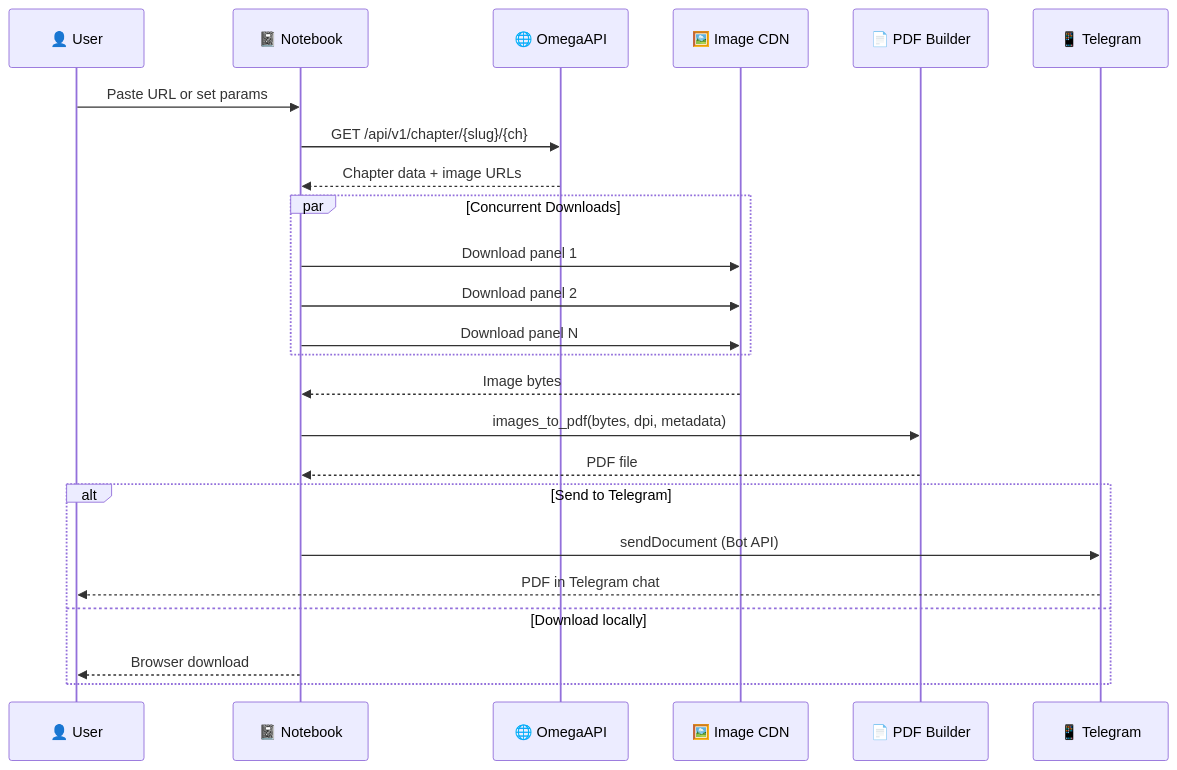
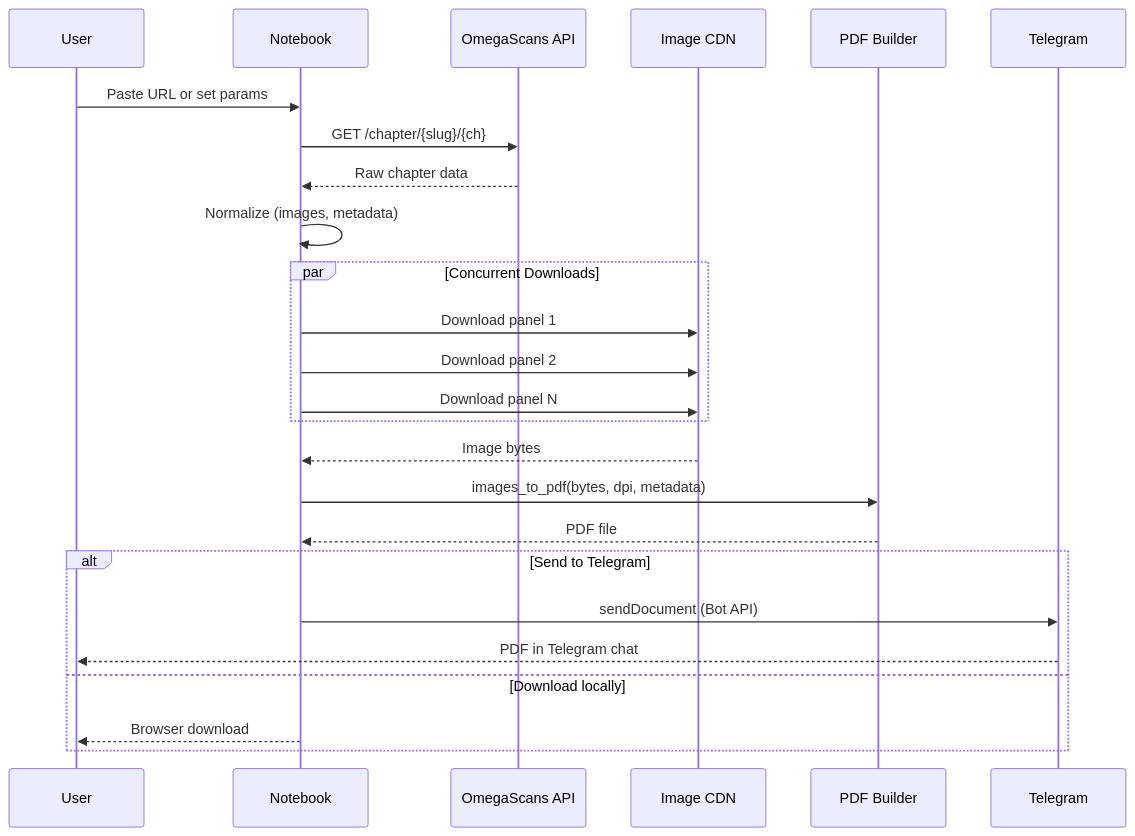
The second of 3 diagrams in README.md (Shineii86/OmegaPDF), drawn with Mermaid before and after one commit. The commit also changed other lines of this file and 4 other files, not shown here.

First line of the commit message:
feat: v3.0.0 — remove OmegaAPI dependency, call OmegaScans directly

````diff
--- a/README.md
+++ b/README.md
@@ -197,30 +197,31 @@
 ```mermaid
 sequenceDiagram
-    participant U as 👤 User
-    participant NB as 📓 Notebook
-    participant API as 🌐 OmegaAPI
-    participant CDN as 🖼️ Image CDN
-    participant PDF as 📄 PDF Builder
-    participant TG as 📱 Telegram
+    participant U as User
+    participant NB as Notebook
+    participant OS as OmegaScans API
+    participant CDN as Image CDN
+    participant PDF as PDF Builder
+    participant TG as Telegram
 
     U->>NB: Paste URL or set params
-    NB->>API: GET /api/v1/chapter/{slug}/{ch}
-    API-->>NB: Chapter data + image URLs
+    NB->>OS: GET /chapter/{slug}/{ch}
+    OS-->>NB: Raw chapter data
+    NB->>NB: Normalize (images, metadata)
 
     par Concurrent Downloads
         NB->>CDN: Download panel 1
         NB->>CDN: Download panel 2
         NB->>CDN: Download panel N
     end
     CDN-->>NB: Image bytes
 
     NB->>PDF: images_to_pdf(bytes, dpi, metadata)
     PDF-->>NB: PDF file
 
     alt Send to Telegram
         NB->>TG: sendDocument (Bot API)
         TG-->>U: PDF in Telegram chat
     else Download locally
         NB-->>U: Browser download
     end
 ```
````
